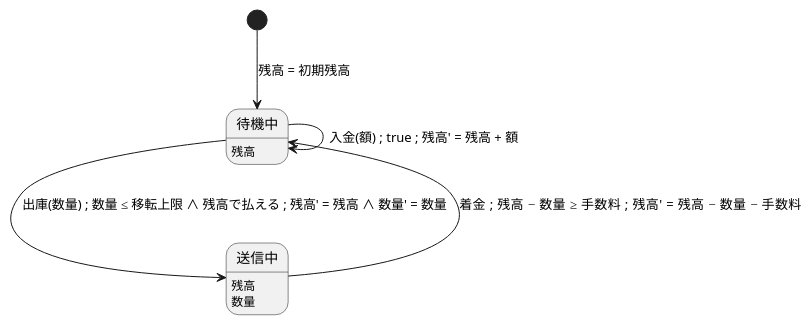
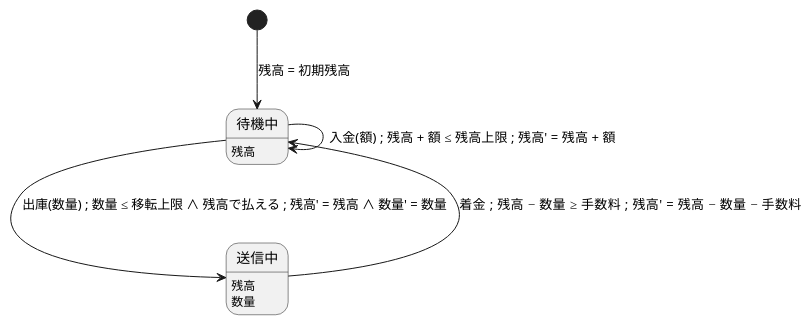
One commit to Kuniwak/puml-parallel changed the diagram in examples/bmc/withdraw.puml. Above: the diagram before and after it, drawn with PlantUML. The commit also changed 12 other files, not shown here.

```diff
--- a/examples/bmc/withdraw.puml
+++ b/examples/bmc/withdraw.puml
@@ -1,16 +1,16 @@
 @startuml WITHDRAW
 ' A wallet in miniature: a balance, a transfer limit, and a withdrawal that
 ' pays the chain fee out of the same balance. The clause "残高で払える" is
 ' natural language; what it means is decided by its twin in withdraw_twins.py.
 state "待機中" as idle
 idle : 残高
 state "送信中" as sending
 sending : 残高
 sending : 数量
 
 [*] --> idle : 残高 = 初期残高
 
 idle --> sending : 出庫(数量) ; 数量 ≤ 移転上限 ∧ 残高で払える ; 残高' = 残高 ∧ 数量' = 数量
 sending --> idle : 着金 ; 残高 − 数量 ≥ 手数料 ; 残高' = 残高 − 数量 − 手数料
-idle --> idle : 入金(額) ; true ; 残高' = 残高 + 額
+idle --> idle : 入金(額) ; 残高 + 額 ≤ 残高上限 ; 残高' = 残高 + 額
 @enduml
```
